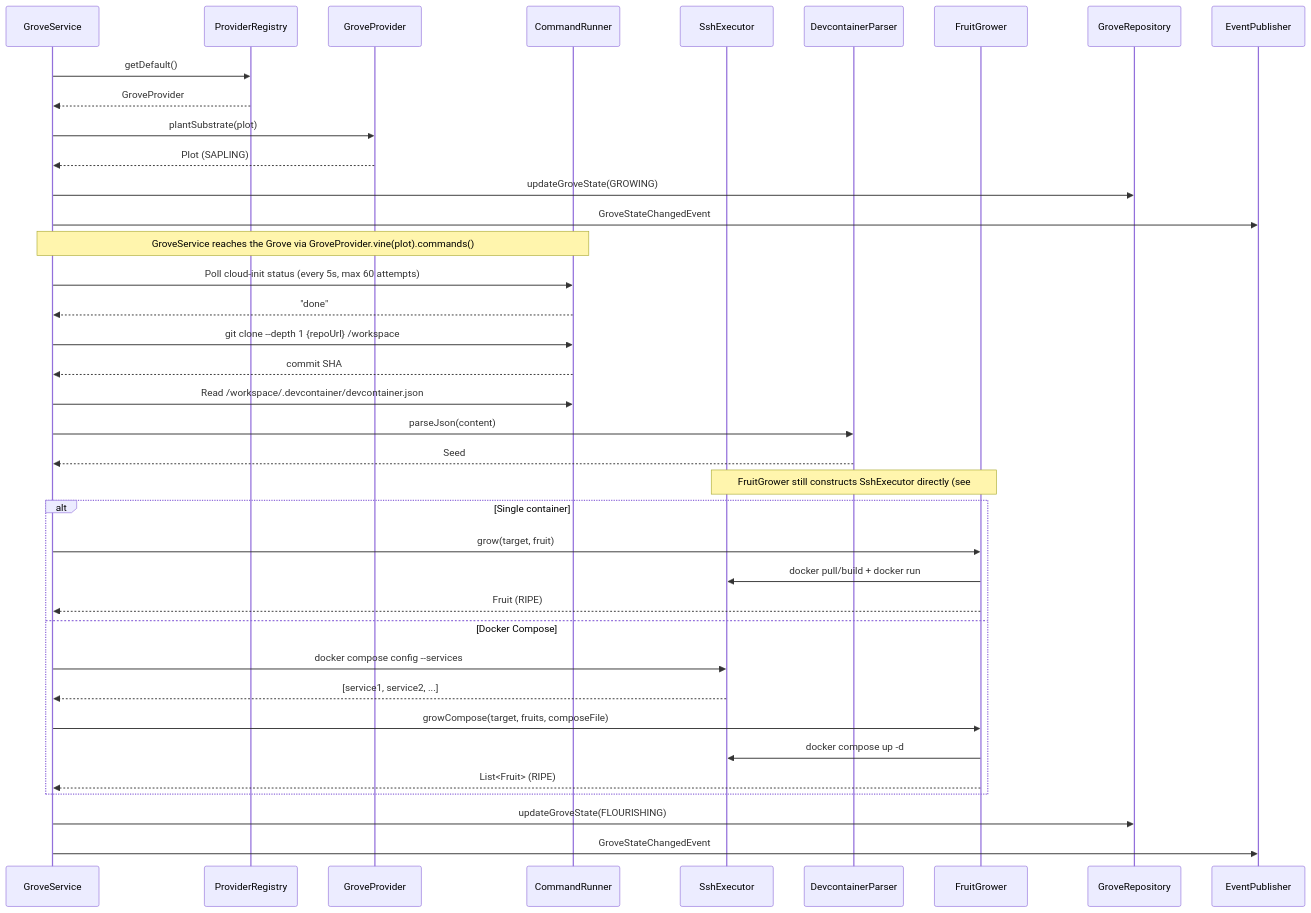
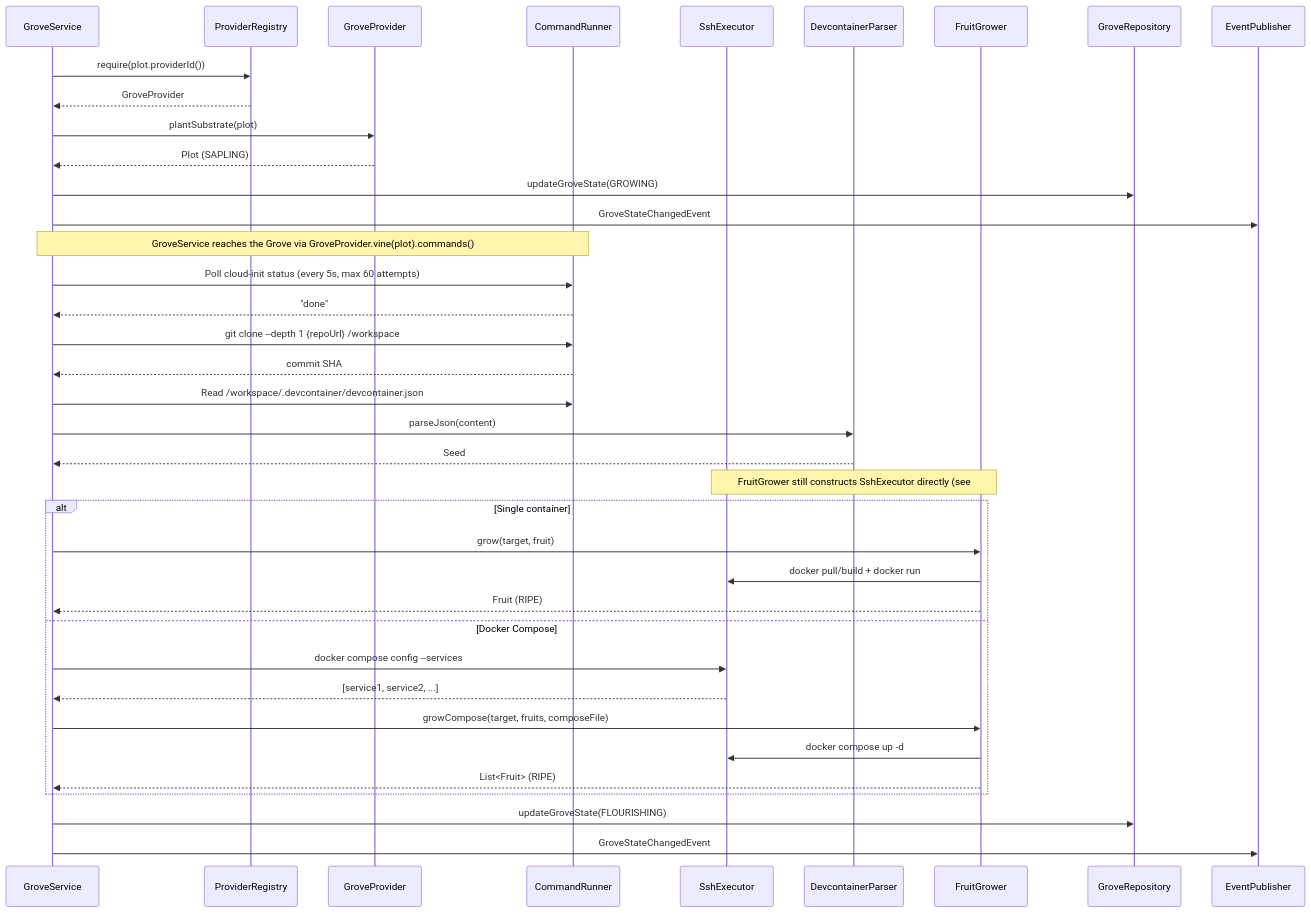
One commit to orchard-cde/orchard changed the fifth of 9 diagrams in docs/architecture/platform-architecture.md. Above: the diagram before and after it, drawn with Mermaid. The commit also changed other lines of this file and 83 other files, not shown here.

````diff
--- a/docs/architecture/platform-architecture.md
+++ b/docs/architecture/platform-architecture.md
@@ -278,46 +287,46 @@
 ```mermaid
 sequenceDiagram
     participant GS as GroveService
     participant PR as ProviderRegistry
     participant SP as GroveProvider
     participant CR as CommandRunner
     participant SSH as SshExecutor
     participant DP as DevcontainerParser
     participant FG as FruitGrower
     participant DB as GroveRepository
     participant EP as EventPublisher
 
-    GS->>PR: getDefault()
+    GS->>PR: require(plot.providerId())
     PR-->>GS: GroveProvider
     GS->>SP: plantSubstrate(plot)
     SP-->>GS: Plot (SAPLING)
     GS->>DB: updateGroveState(GROWING)
     GS->>EP: GroveStateChangedEvent
 
     Note over GS,CR: GroveService reaches the Grove via GroveProvider.vine(plot).commands()
     GS->>CR: Poll cloud-init status (every 5s, max 60 attempts)
     CR-->>GS: "done"
 
     GS->>CR: git clone --depth 1 {repoUrl} /workspace
     CR-->>GS: commit SHA
 
     GS->>CR: Read /workspace/.devcontainer/devcontainer.json
     GS->>DP: parseJson(content)
     DP-->>GS: Seed
 
     Note over FG,SSH: FruitGrower still constructs SshExecutor directly (see #86)
     alt Single container
         GS->>FG: grow(target, fruit)
         FG->>SSH: docker pull/build + docker run
         FG-->>GS: Fruit (RIPE)
     else Docker Compose
         GS->>SSH: docker compose config --services
         SSH-->>GS: [service1, service2, ...]
         GS->>FG: growCompose(target, fruits, composeFile)
         FG->>SSH: docker compose up -d
         FG-->>GS: List<Fruit> (RIPE)
     end
 
     GS->>DB: updateGroveState(FLOURISHING)
     GS->>EP: GroveStateChangedEvent
 ```
````
